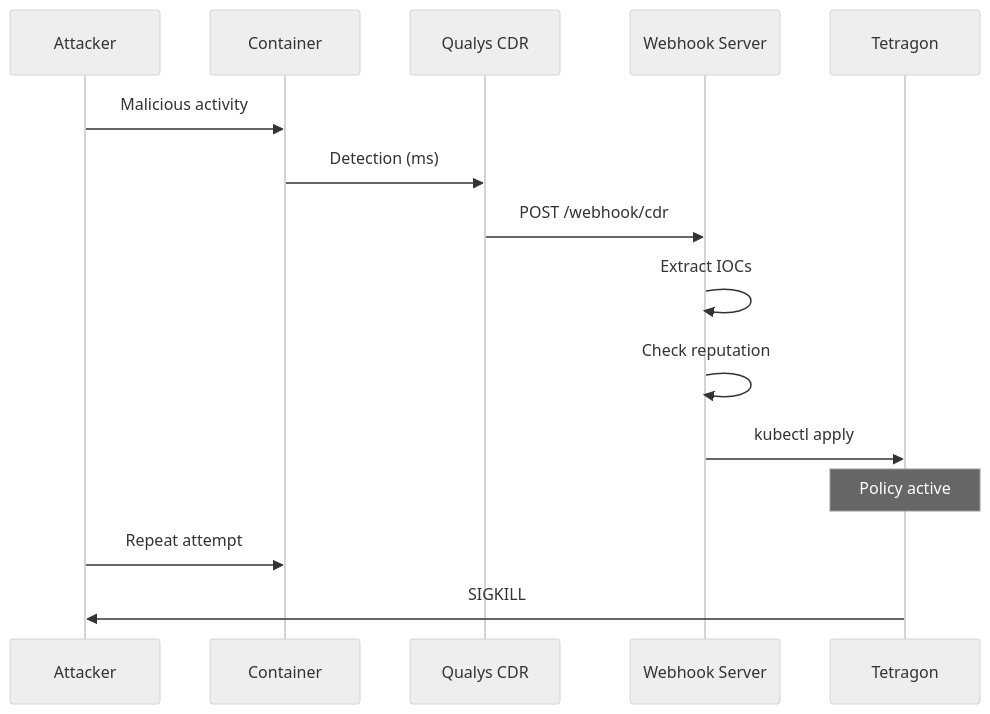
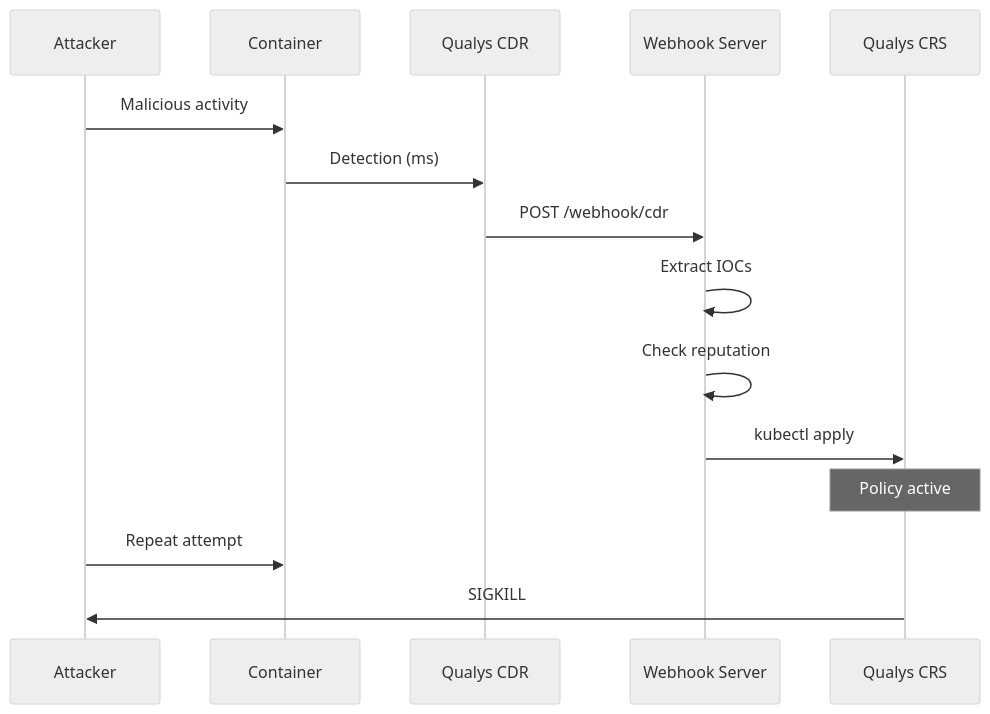
One commit to nelssec/qualys-ebpf changed diagram 11 of 13 in docs/automated-threat-response.md. Above: the diagram before and after it, drawn with Mermaid (neutral theme). The commit also changed other lines of this file and 12 other files, not shown here.

Commit message:
Rebrand to Qualys CRS, expand policy generation (15 use cases), add validation tests

````diff
--- a/docs/automated-threat-response.md
+++ b/docs/automated-threat-response.md
@@ -345,18 +345,18 @@
 ```mermaid
 sequenceDiagram
     participant Attacker
     participant Container
     participant Qualys CDR
     participant Webhook Server
-    participant Tetragon
+    participant Qualys CRS
 
     Attacker->>Container: Malicious activity
     Container->>Qualys CDR: Detection (ms)
     Qualys CDR->>Webhook Server: POST /webhook/cdr
     Webhook Server->>Webhook Server: Extract IOCs
     Webhook Server->>Webhook Server: Check reputation
-    Webhook Server->>Tetragon: kubectl apply
-    Note over Tetragon: Policy active
+    Webhook Server->>Qualys CRS: kubectl apply
+    Note over Qualys CRS: Policy active
     Attacker->>Container: Repeat attempt
-    Tetragon->>Attacker: SIGKILL
+    Qualys CRS->>Attacker: SIGKILL
 ```
````
